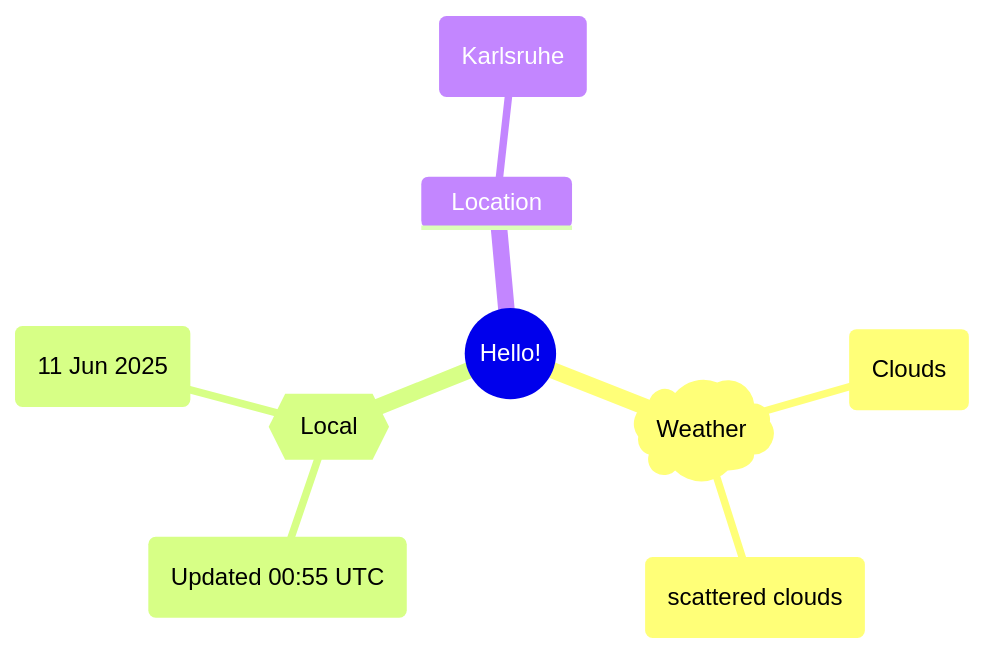
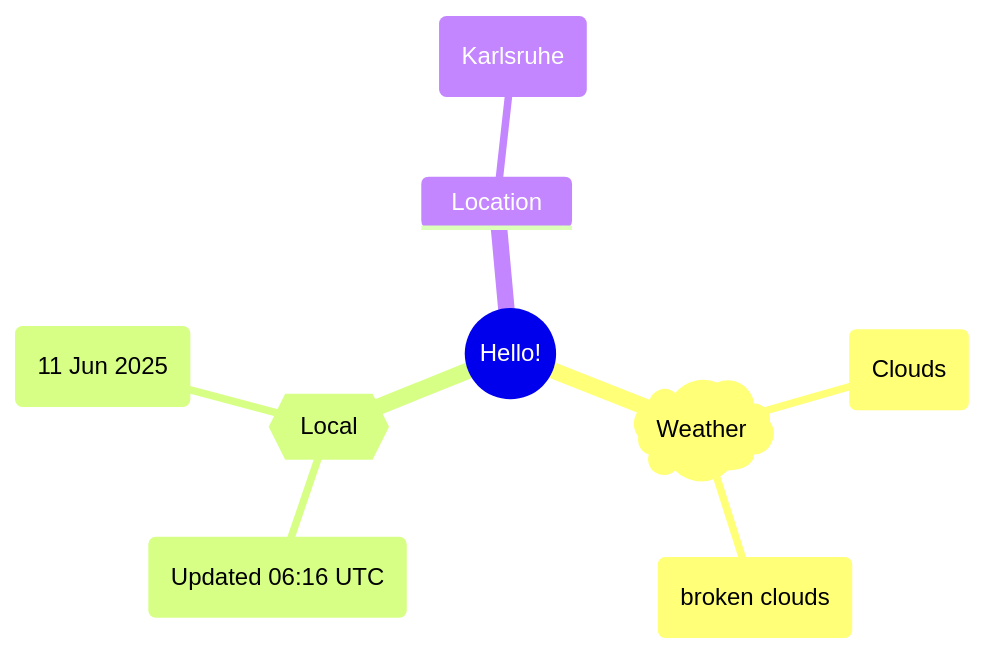
One commit to Xosrov/Xosrov changed the first of 2 diagrams in README.md. Above: the diagram before and after it, drawn with Mermaid.

Commit message:
[bot] updated images

````diff
--- a/README.md
+++ b/README.md
@@ -3,12 +3,12 @@
 ```mermaid
 mindmap
   root((Hello!))
     )Weather(
         (Clouds)
-        (scattered clouds)
+        (broken clouds)
     {{Local}}
-        (Updated 00:55 UTC)
+        (Updated 06:16 UTC)
         (11 Jun 2025)
     Location
         (Karlsruhe)
 ```
````
